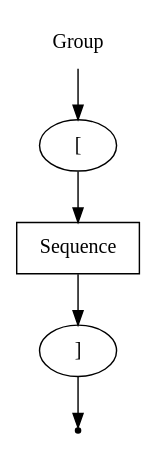
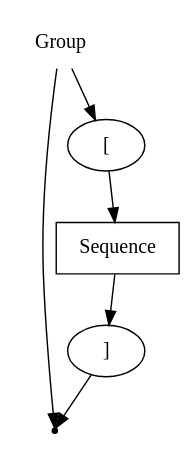
The diagram in DSLTools/examples/rbnf/wirth/Optional.gv (EgorGoluzin/DSL), drawn with Graphviz before and after one commit. The commit also changed 13 other files, not shown here.

```diff
--- a/DSLTools/examples/rbnf/wirth/Optional.gv
+++ b/DSLTools/examples/rbnf/wirth/Optional.gv
@@ -1,11 +1,12 @@
 digraph Optional {
     start [label = "Group" shape = plaintext];
     end [label = "" shape = point];
-    A [label = "[" shape = oval];
-    B [label = "Sequence" shape = box];
+    A [label = "Sequence" shape = box];
+    B [label = "[" shape = oval];
     C [label = "]" shape = oval];
-    start -> A;
-    A -> B;
-    B -> C;
+    start -> B;
+    start -> end;
+    B -> A;
+    A -> C
     C -> end;
 }
```
